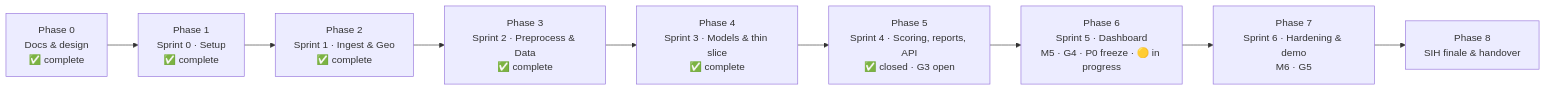
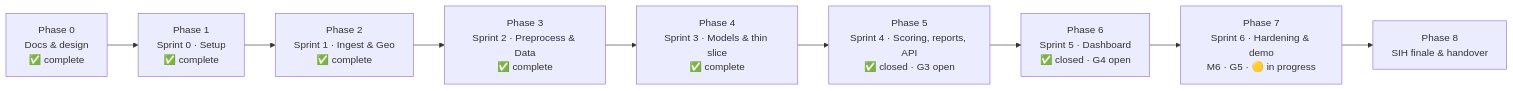
One commit to Kalyan14s/sonarsentinel changed the diagram in TODO.md. Above: the diagram before and after it, drawn with Mermaid. The commit also changed other lines of this file, not shown here.

First line of the commit message:
docs(todo): close Phase 6, carry 35 open items to Phase 7

````diff
--- a/TODO.md
+++ b/TODO.md
@@ -18,11 +18,11 @@
 ```mermaid
 flowchart LR
     P0["Phase 0<br/>Docs & design<br/>✅ complete"] --> P1["Phase 1<br/>Sprint 0 · Setup<br/>✅ complete"]
     P1 --> P2["Phase 2<br/>Sprint 1 · Ingest & Geo<br/>✅ complete"]
     P2 --> P3["Phase 3<br/>Sprint 2 · Preprocess & Data<br/>✅ complete"]
     P3 --> P4["Phase 4<br/>Sprint 3 · Models & thin slice<br/>✅ complete"]
     P4 --> P5["Phase 5<br/>Sprint 4 · Scoring, reports, API<br/>✅ closed · G3 open"]
-    P5 --> P6["Phase 6<br/>Sprint 5 · Dashboard<br/>M5 · G4 · P0 freeze · 🟡 in progress"]
-    P6 --> P7["Phase 7<br/>Sprint 6 · Hardening & demo<br/>M6 · G5"]
+    P5 --> P6["Phase 6<br/>Sprint 5 · Dashboard<br/>✅ closed · G4 open"]
+    P6 --> P7["Phase 7<br/>Sprint 6 · Hardening & demo<br/>M6 · G5 · 🟡 in progress"]
     P7 --> P8["Phase 8<br/>SIH finale & handover"]
 ```
````
